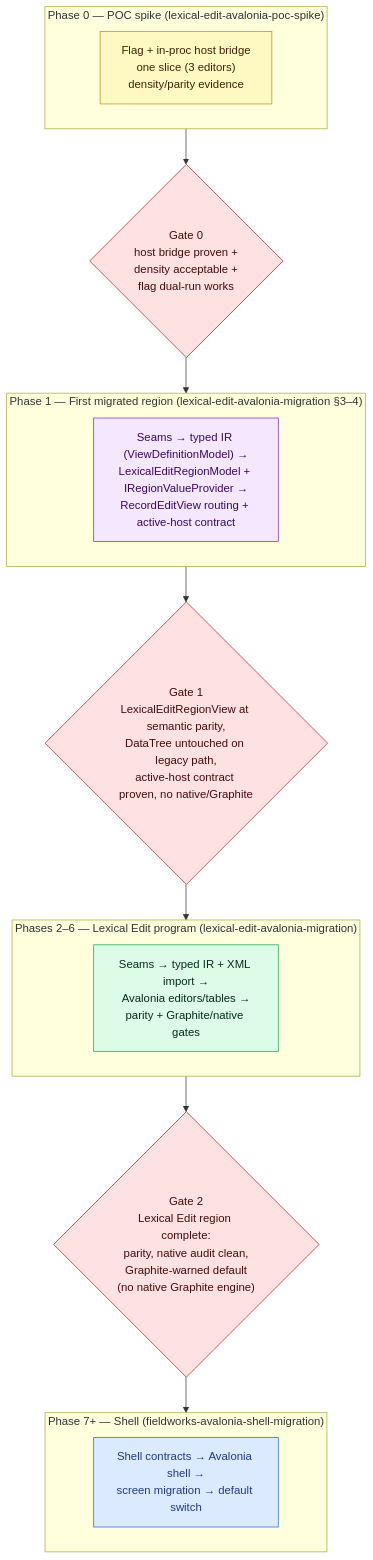
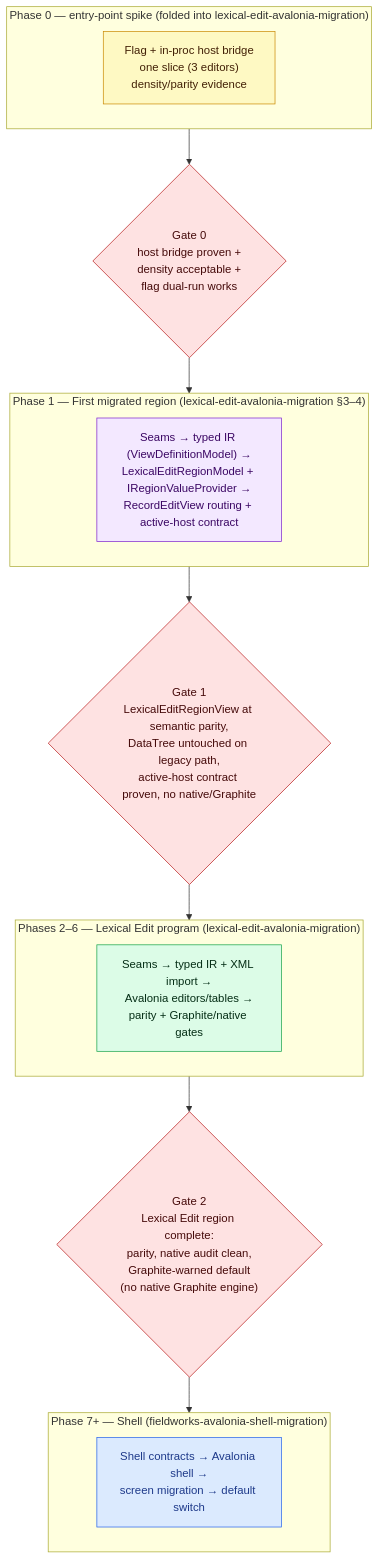
The first of 2 diagrams in openspec/changes/avalonia-migration-roadmap/design.md (sillsdev/FieldWorks), drawn with Mermaid before and after one commit. The commit also changed other lines of this file and 20 other files, not shown here.

````diff
--- a/openspec/changes/avalonia-migration-roadmap/design.md
+++ b/openspec/changes/avalonia-migration-roadmap/design.md
@@ -78,31 +78,31 @@
 ```mermaid
 flowchart TB
-  subgraph P0["Phase 0 — POC spike (lexical-edit-avalonia-poc-spike)"]
+  subgraph P0["Phase 0 — entry-point spike (folded into lexical-edit-avalonia-migration)"]
     direction LR
-    A0["Flag + in-proc host bridge<br/>one slice (3 editors)<br/>density/parity evidence"]:::poc
+    A0["Flag + in-proc host bridge<br/>one slice (3 editors)<br/>density/parity evidence"]:::spike
   end
   subgraph P1["Phase 1 — First migrated region (lexical-edit-avalonia-migration §3–4)"]
     direction LR
     A1["Seams → typed IR (ViewDefinitionModel) →<br/>LexicalEditRegionModel + IRegionValueProvider →<br/>RecordEditView routing + active-host contract"]:::region
   end
   subgraph P2["Phases 2–6 — Lexical Edit program (lexical-edit-avalonia-migration)"]
     direction LR
     A2["Seams → typed IR + XML import →<br/>Avalonia editors/tables →<br/>parity + Graphite/native gates"]:::spine
   end
   subgraph P7["Phase 7+ — Shell (fieldworks-avalonia-shell-migration)"]
     direction LR
     A7["Shell contracts → Avalonia shell →<br/>screen migration → default switch"]:::shell
   end
 
   G0{"Gate 0<br/>host bridge proven +<br/>density acceptable +<br/>flag dual-run works"}:::gate
   G1{"Gate 1<br/>LexicalEditRegionView at semantic parity,<br/>DataTree untouched on legacy path,<br/>active-host contract proven, no native/Graphite"}:::gate
   G2{"Gate 2<br/>Lexical Edit region complete:<br/>parity, native audit clean,<br/>Graphite-warned default<br/>(no native Graphite engine)"}:::gate
 
   P0 --> G0 --> P1 --> G1 --> P2 --> G2 --> P7
 
-  classDef poc fill:#fef9c3,stroke:#ca8a04,color:#422006;
+  classDef spike fill:#fef9c3,stroke:#ca8a04,color:#422006;
   classDef region fill:#f3e8ff,stroke:#7e22ce,color:#3b0764;
   classDef spine fill:#dcfce7,stroke:#16a34a,color:#052e16;
   classDef shell fill:#dbeafe,stroke:#2563eb,color:#1e3a8a;
   classDef gate fill:#fee2e2,stroke:#b91c1c,color:#450a0a;
 ```
````
